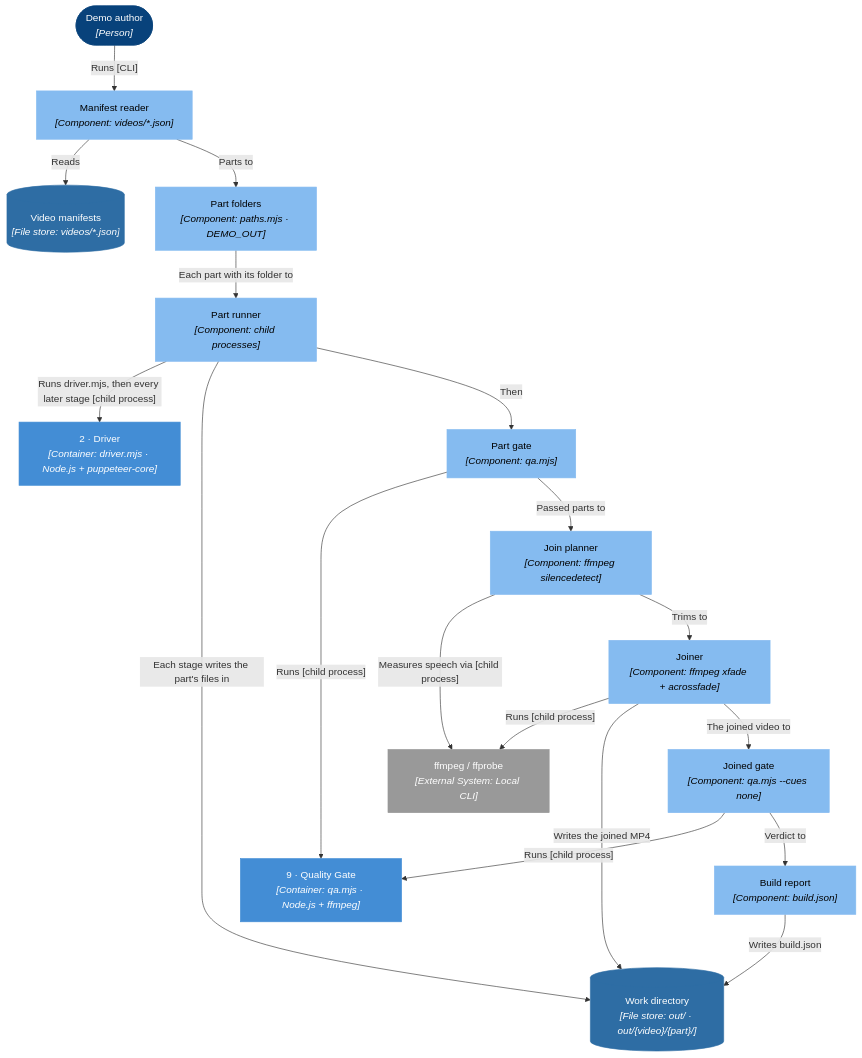
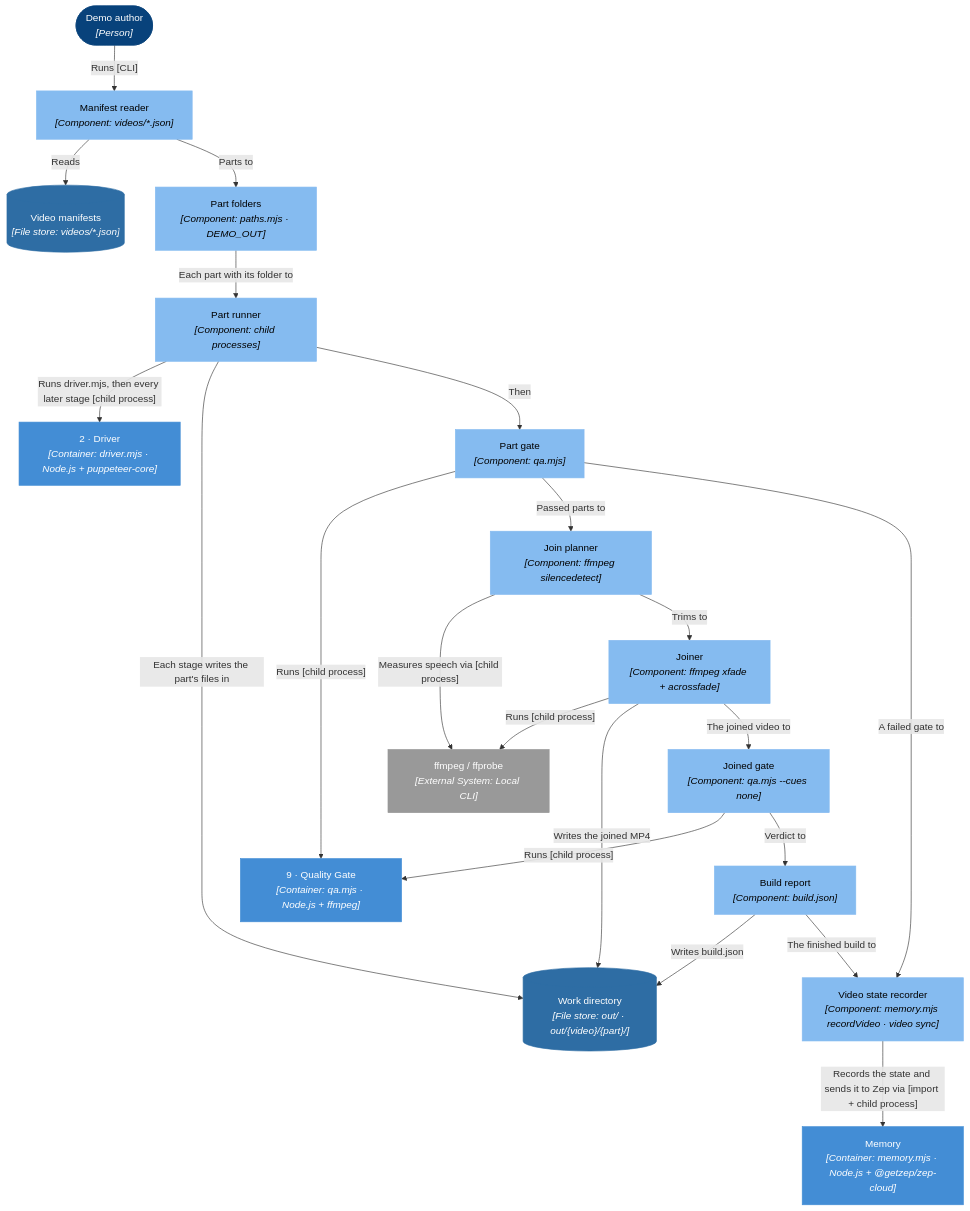
Diagram 13 of 14 in docs/C4.md (ssunduko/product-video), drawn with Mermaid before and after one commit. The commit also changed other lines of this file and 12 other files, not shown here.

First line of the commit message:
Session summaries, a Zep session per video, and a state record per video

````diff
--- a/docs/C4.md
+++ b/docs/C4.md
@@ -906,45 +906,50 @@
 ```mermaid
 flowchart TD
   n0(["Demo author<br/><i>[Person]</i>"])
   n118["Manifest reader<br/><i>[Component: videos/*.json]</i>"]
   n119["Part folders<br/><i>[Component: paths.mjs · DEMO_OUT]</i>"]
   n120["Part runner<br/><i>[Component: child processes]</i>"]
   n121["Part gate<br/><i>[Component: qa.mjs]</i>"]
   n122["Join planner<br/><i>[Component: ffmpeg silencedetect]</i>"]
   n123["Joiner<br/><i>[Component: ffmpeg xfade + acrossfade]</i>"]
   n124["Joined gate<br/><i>[Component: qa.mjs --cues none]</i>"]
   n125["Build report<br/><i>[Component: build.json]</i>"]
+  n126["Video state recorder<br/><i>[Component: memory.mjs recordVideo · video sync]</i>"]
   n30[("Video manifests<br/><i>[File store: videos/*.json]</i>")]
   n25[("Work directory<br/><i>[File store: out/ · out/{video}/{part}/]</i>")]
   n15["2 · Driver<br/><i>[Container: driver.mjs · Node.js + puppeteer-core]</i>"]
   n28["9 · Quality Gate<br/><i>[Container: qa.mjs · Node.js + ffmpeg]</i>"]
   n5["ffmpeg / ffprobe<br/><i>[External System: Local CLI]</i>"]
+  n32["Memory<br/><i>[Container: memory.mjs · Node.js + @getzep/zep-cloud]</i>"]
   n0 -->|"Runs [CLI]"| n118
   n118 -->|"Reads"| n30
   n118 -->|"Parts to"| n119
   n119 -->|"Each part with its folder to"| n120
   n120 -->|"Runs driver.mjs, then every later stage [child process]"| n15
   n120 -->|"Each stage writes the part's files in"| n25
   n120 -->|"Then"| n121
   n121 -->|"Runs [child process]"| n28
   n121 -->|"Passed parts to"| n122
   n122 -->|"Measures speech via [child process]"| n5
   n122 -->|"Trims to"| n123
   n123 -->|"Runs [child process]"| n5
   n123 -->|"Writes the joined MP4"| n25
   n123 -->|"The joined video to"| n124
   n124 -->|"Runs [child process]"| n28
   n124 -->|"Verdict to"| n125
   n125 -->|"Writes build.json"| n25
+  n121 -->|"A failed gate to"| n126
+  n125 -->|"The finished build to"| n126
+  n126 -->|"Records the state and sends it to Zep via [import + child process]"| n32
   classDef person fill:#08427b,stroke:#08427b,color:#ffffff;
   classDef system fill:#1168bd,stroke:#1168bd,color:#ffffff;
   classDef external fill:#999999,stroke:#999999,color:#ffffff;
   classDef container fill:#438dd5,stroke:#438dd5,color:#ffffff;
   classDef store fill:#2e6da4,stroke:#2e6da4,color:#ffffff;
   classDef component fill:#85bbf0,stroke:#85bbf0,color:#000000;
   class n0 person;
   class n5 external;
-  class n15,n28 container;
+  class n15,n28,n32 container;
   class n30,n25 store;
-  class n118,n119,n120,n121,n122,n123,n124,n125 component;
+  class n118,n119,n120,n121,n122,n123,n124,n125,n126 component;
 ```
````
